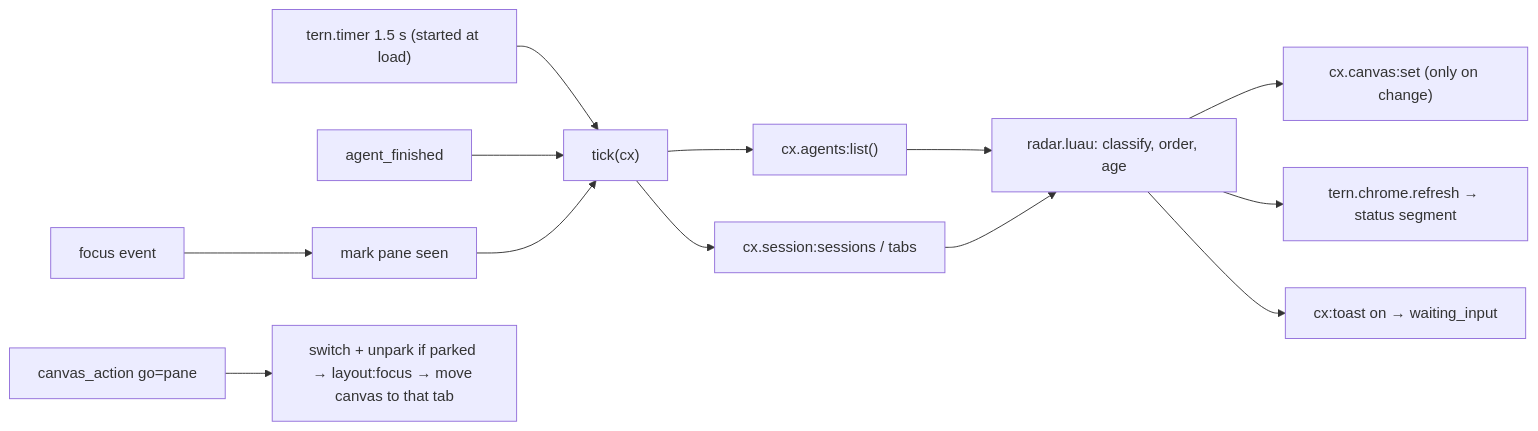
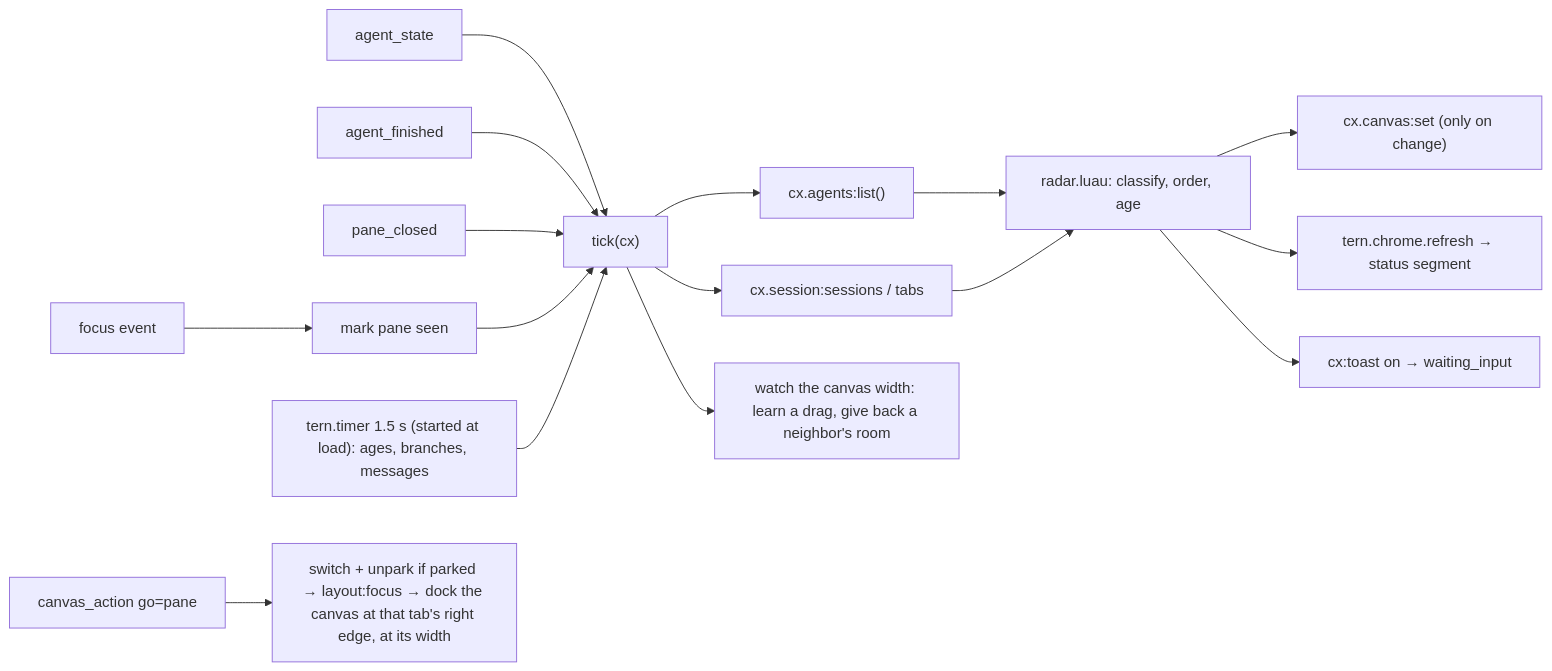
The diagram in DESIGN.md (edcnogueira/tern-agent-radar), drawn with Mermaid before and after one commit. The commit also changed other lines of this file and 4 other files, not shown here.

````diff
--- a/DESIGN.md
+++ b/DESIGN.md
@@ -29,13 +29,16 @@
 ```mermaid
 flowchart LR
-  Timer["tern.timer 1.5 s (started at load)"] --> Tick
+  State["agent_state"] --> Tick
   Finished["agent_finished"] --> Tick
+  Closed["pane_closed"] --> Tick
   Focus["focus event"] --> Seen["mark pane seen"] --> Tick
+  Timer["tern.timer 1.5 s (started at load): ages, branches, messages"] --> Tick
   Tick["tick(cx)"] --> List["cx.agents:list()"]
   Tick --> Where["cx.session:sessions / tabs"]
   List & Where --> Model["radar.luau: classify, order, age"]
   Model --> Canvas["cx.canvas:set (only on change)"]
   Model --> Status["tern.chrome.refresh → status segment"]
   Model --> Toast["cx:toast on → waiting_input"]
-  Click["canvas_action go=pane"] --> Jump["switch + unpark if parked → layout:focus → move canvas to that tab"]
+  Tick --> Width["watch the canvas width: learn a drag, give back a neighbor's room"]
+  Click["canvas_action go=pane"] --> Jump["switch + unpark if parked → layout:focus → dock the canvas at that tab's right edge, at its width"]
 ```
````
